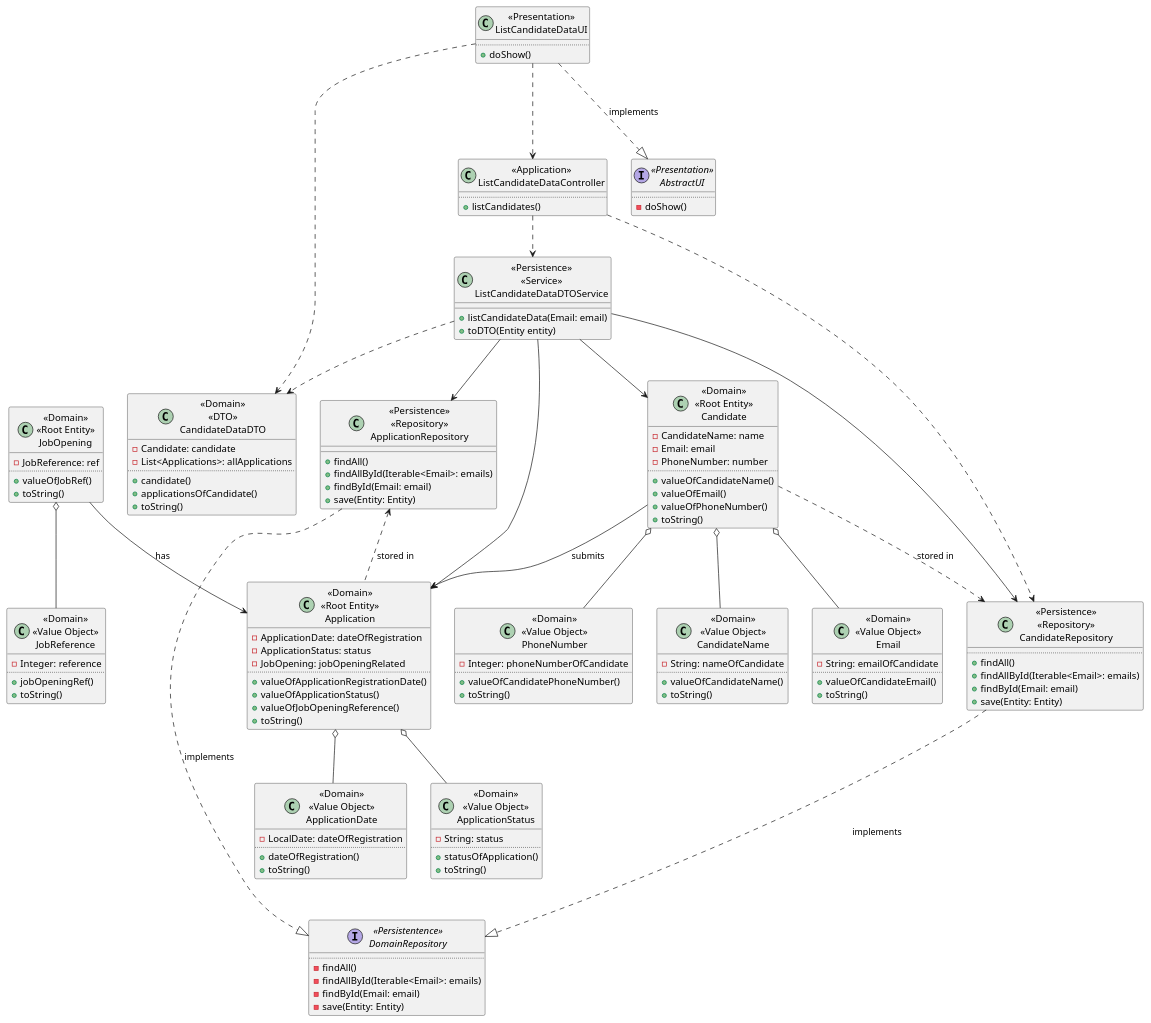
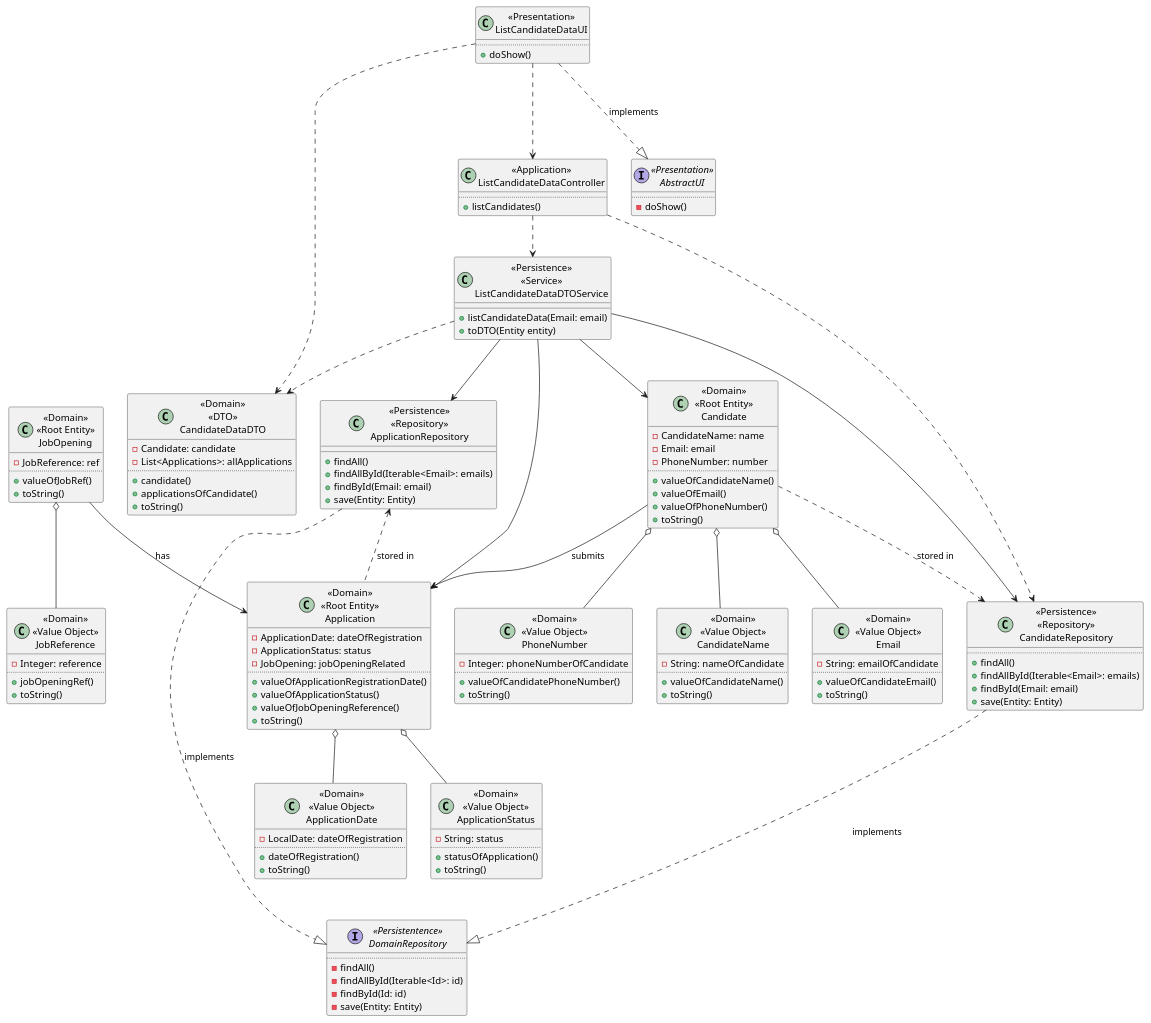
The diagram in docs/sb_us_1006b/CD/Class-Diagram.puml (rita-barbosa/LAPR4-2324), drawn with PlantUML before and after one commit. The commit also changed 6 other files, not shown here.

```diff
--- a/docs/sb_us_1006b/CD/Class-Diagram.puml
+++ b/docs/sb_us_1006b/CD/Class-Diagram.puml
@@ -1,143 +1,143 @@
 @startuml
 'https://plantuml.com/class-diagram
 
 skinparam groupInheritance 3
 
 Class "<<Persistence>>\n<<Service>>\nListCandidateDataDTOService" as SERVICE {
     + listCandidateData(Email: email)
     + toDTO(Entity entity)
 }
 Class "<<Domain>>\n<<DTO>>\nCandidateDataDTO" as DTO {
     - Candidate: candidate
     - List<Applications>: allApplications
     ..
     + candidate()
     + applicationsOfCandidate()
     + toString()
 }
 Class "<<Domain>>\n<<Root Entity>>\nApplication" as A {
     - ApplicationDate: dateOfRegistration
     - ApplicationStatus: status
     - JobOpening: jobOpeningRelated
     ..
     + valueOfApplicationRegistrationDate()
     + valueOfApplicationStatus()
     + valueOfJobOpeningReference()
     + toString()
 }
 Class "<<Domain>>\n<<Root Entity>>\nJobOpening" as J {
     - JobReference: ref
     ..
     + valueOfJobRef()
     + toString()
 }
 Class "<<Domain>>\n<<Value Object>>\nApplicationDate" as ADATE {
     - LocalDate: dateOfRegistration
     ..
     + dateOfRegistration()
     + toString()
 }
 Class "<<Domain>>\n<<Value Object>>\nApplicationStatus" as ASTATUS {
     - String: status
     ..
     + statusOfApplication()
     + toString()
 }
 Class "<<Domain>>\n<<Value Object>>\nJobReference" as JREF {
     - Integer: reference
     ..
     + jobOpeningRef()
     + toString()
 }
 Class "<<Persistence>>\n<<Repository>>\nApplicationRepository" as AREPO {
     + findAll()
     + findAllById(Iterable<Email>: emails)
     + findById(Email: email)
     + save(Entity: Entity)
 }
 Class "<<Presentation>>\nListCandidateDataUI" as UI {
     ..
     + doShow()
 }
 Class "<<Application>>\nListCandidateDataController" as CTRL {
     ..
     + listCandidates()
 }
 Interface "<<Persistentence>>\nDomainRepository" as DREPO {
     ..
     - findAll()
-    - findAllById(Iterable<Email>: emails)
-    - findById(Email: email)
+    - findAllById(Iterable<Id>: id)
+    - findById(Id: id)
     - save(Entity: Entity)
 }
 Interface "<<Presentation>>\nAbstractUI" as ABUI {
     ..
     - doShow()
 }
 Class "<<Persistence>>\n<<Repository>>\nCandidateRepository" as CREPO {
     ..
     + findAll()
     + findAllById(Iterable<Email>: emails)
     + findById(Email: email)
     + save(Entity: Entity)
 }
 Class "<<Domain>>\n<<Root Entity>>\nCandidate" as C {
     - CandidateName: name
     - Email: email
     - PhoneNumber: number
     ..
     + valueOfCandidateName()
     + valueOfEmail()
     + valueOfPhoneNumber()
     + toString()
 }
 Class "<<Domain>>\n<<Value Object>>\nCandidateName" as CNAME {
     - String: nameOfCandidate
     ..
     + valueOfCandidateName()
     + toString()
 }
 Class "<<Domain>>\n<<Value Object>>\nEmail" as CEMAIL {
     - String: emailOfCandidate
     ..
     + valueOfCandidateEmail()
     + toString()
 }
 Class "<<Domain>>\n<<Value Object>>\nPhoneNumber" as CPHONE {
     - Integer: phoneNumberOfCandidate
     ..
     + valueOfCandidatePhoneNumber()
     + toString()
 }
 
 C o-- CPHONE
 C o-- CNAME
 C o-- CEMAIL
 
 CREPO ...|> DREPO: implements
 
 AREPO ...|> DREPO: implements
 AREPO <.. A: stored in
 
 UI ...|> ABUI: implements
 UI ...> CTRL
 UI ..> DTO
 
 CTRL ..> CREPO
 CTRL ..> SERVICE
 
 SERVICE --> CREPO
 SERVICE --> C
 SERVICE --> A
 SERVICE --> AREPO
 SERVICE ..> DTO
 
 C ..> CREPO: stored in
 C --> A: submits
 
 A o-- ASTATUS
 A o-- ADATE
 
 J --> A: has
 J o-- JREF
 @enduml
```
